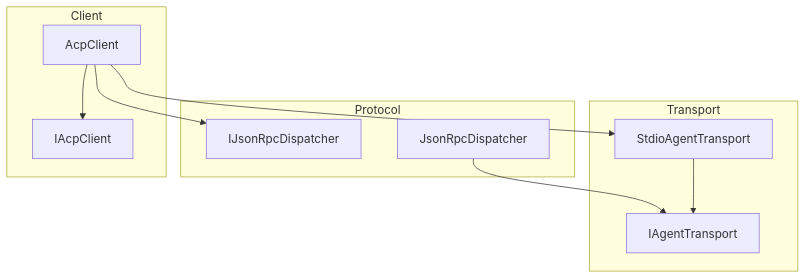
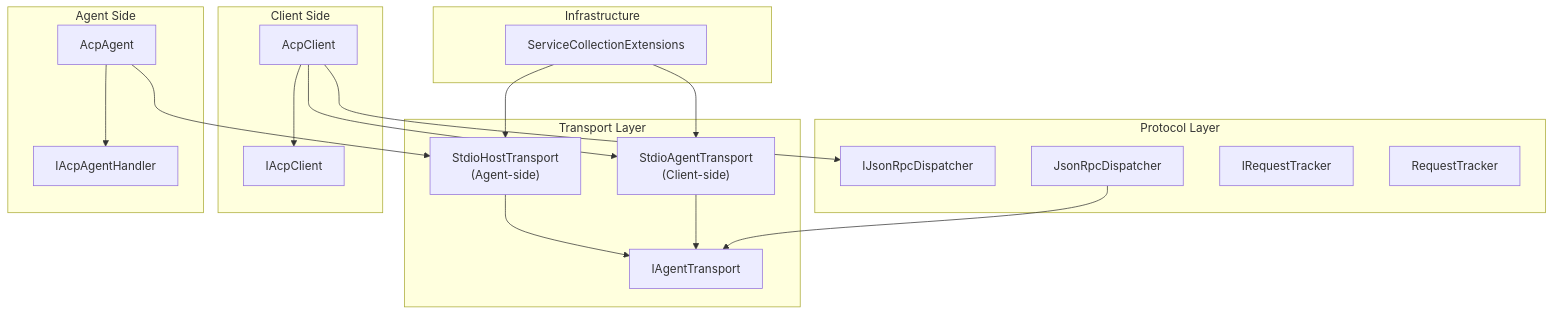
One commit to AgenticDesktop/ACPLibrary changed the first of 3 diagrams in .qoder/repowiki/en/content/Transport Layer/Transport Layer.md. Above: the diagram before and after it, drawn with Mermaid. The commit also changed other lines of this file and 63 other files, not shown here.

````diff
--- a/.qoder/repowiki/en/content/Transport Layer/Transport Layer.md
+++ b/.qoder/repowiki/en/content/Transport Layer/Transport Layer.md
@@ -38,20 +48,35 @@
 ```mermaid
 graph TB
-subgraph "Transport"
+subgraph "Transport Layer"
 IAT["IAgentTransport"]
-SAT["StdioAgentTransport"]
+SAT["StdioAgentTransport<br/>(Client-side)"]
+SHT["StdioHostTransport<br/>(Agent-side)"]
 end
-subgraph "Protocol"
+subgraph "Protocol Layer"
 IJRD["IJsonRpcDispatcher"]
 JRD["JsonRpcDispatcher"]
+IRT["IRequestTracker"]
+RT["RequestTracker"]
 end
-subgraph "Client"
+subgraph "Client Side"
 IAC["IAcpClient"]
 AC["AcpClient"]
 end
+subgraph "Agent Side"
+IAH["IAcpAgentHandler"]
+AA["AcpAgent"]
+end
+subgraph "Infrastructure"
+SCE["ServiceCollectionExtensions"]
+end
 AC --> IAC
 AC --> IJRD
+AA --> IAH
 JRD --> IAT
 SAT --> IAT
+SHT --> IAT
+SCE --> SAT
+SCE --> SHT
 AC --> SAT
+AA --> SHT
 ```
````
